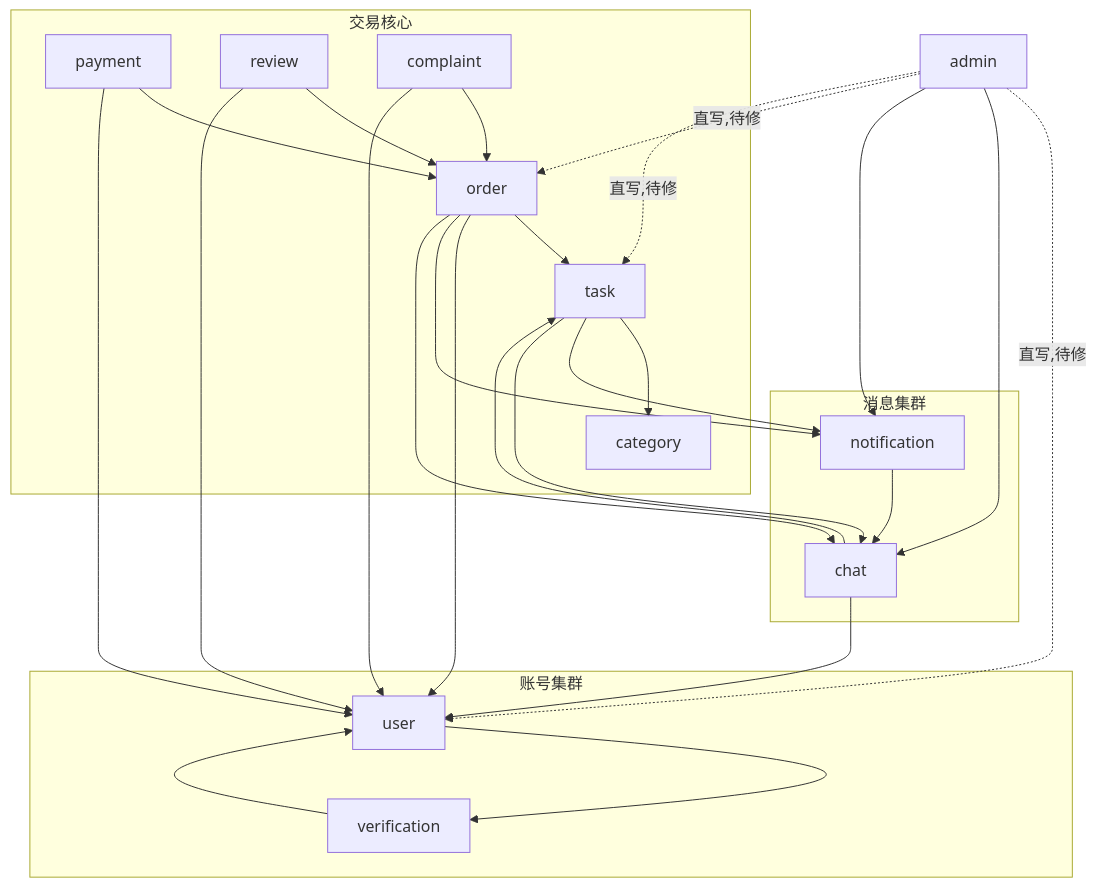
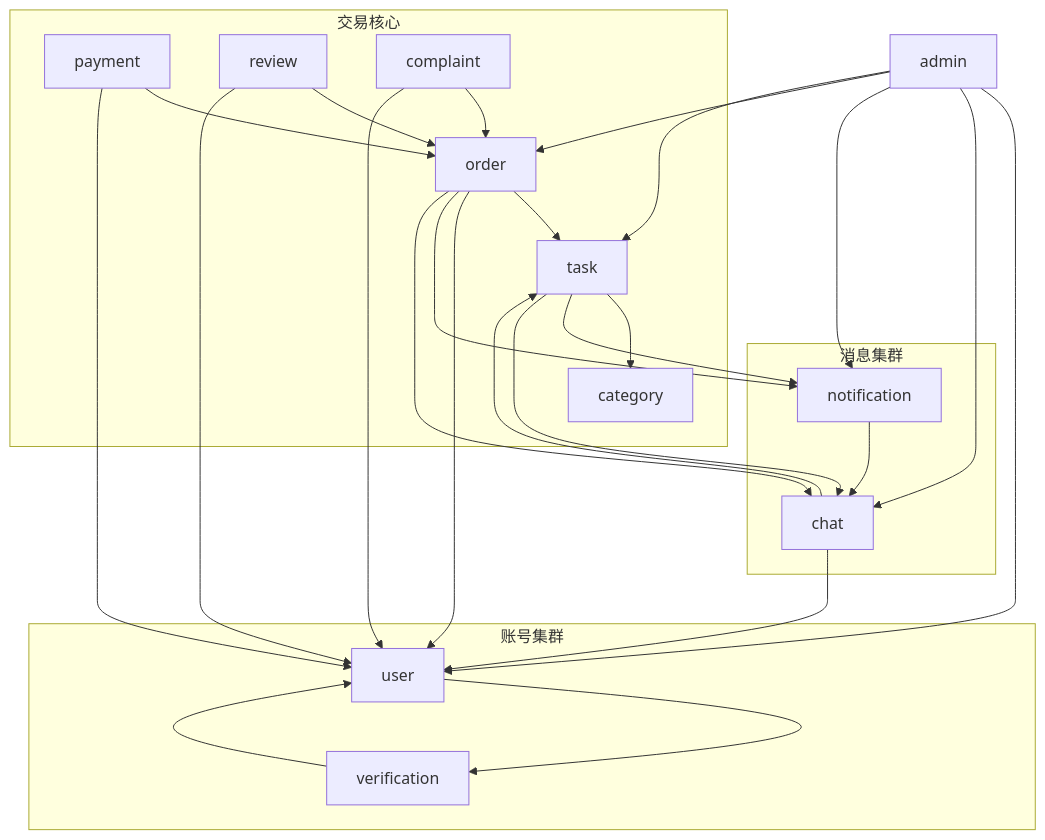
Before and after one commit to KasuAri27/CampusHub: the diagram in docs/Engineer/架构文档.md, drawn with Mermaid. The commit also changed other lines of this file and 2 other files, not shown here.

````diff
--- a/docs/Engineer/架构文档.md
+++ b/docs/Engineer/架构文档.md
@@ -62,32 +62,32 @@
 ```mermaid
 graph TD
   subgraph 交易核心
     task --> category
     order --> task
     payment --> order
     review --> order
     complaint --> order
   end
   subgraph 消息集群
     notification --> chat
   end
   subgraph 账号集群
     user --> verification
     verification --> user
   end
   order --> user
   order --> notification
   order --> chat
   task --> notification
   task --> chat
   payment --> user
   review --> user
   complaint --> user
   chat --> task
   chat --> user
-  admin -.->|直写,待修| order
-  admin -.->|直写,待修| task
-  admin -.->|直写,待修| user
+  admin --> order
+  admin --> task
+  admin --> user
   admin --> chat
   admin --> notification
 ```
````
